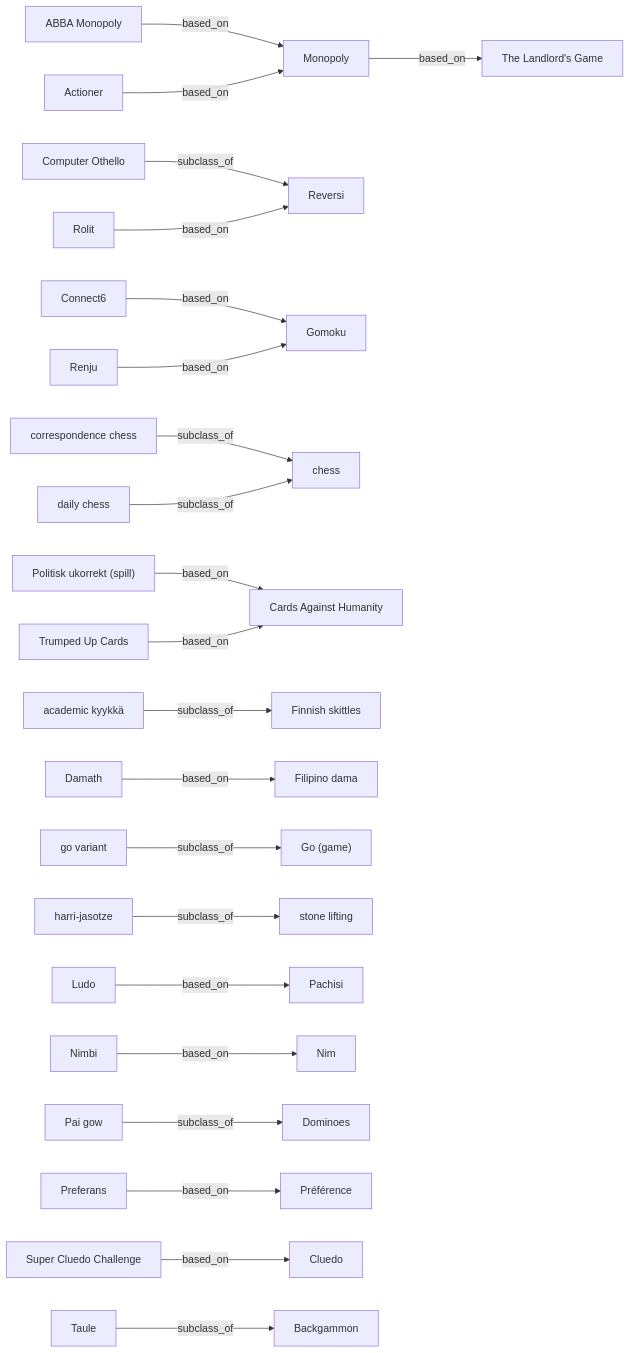
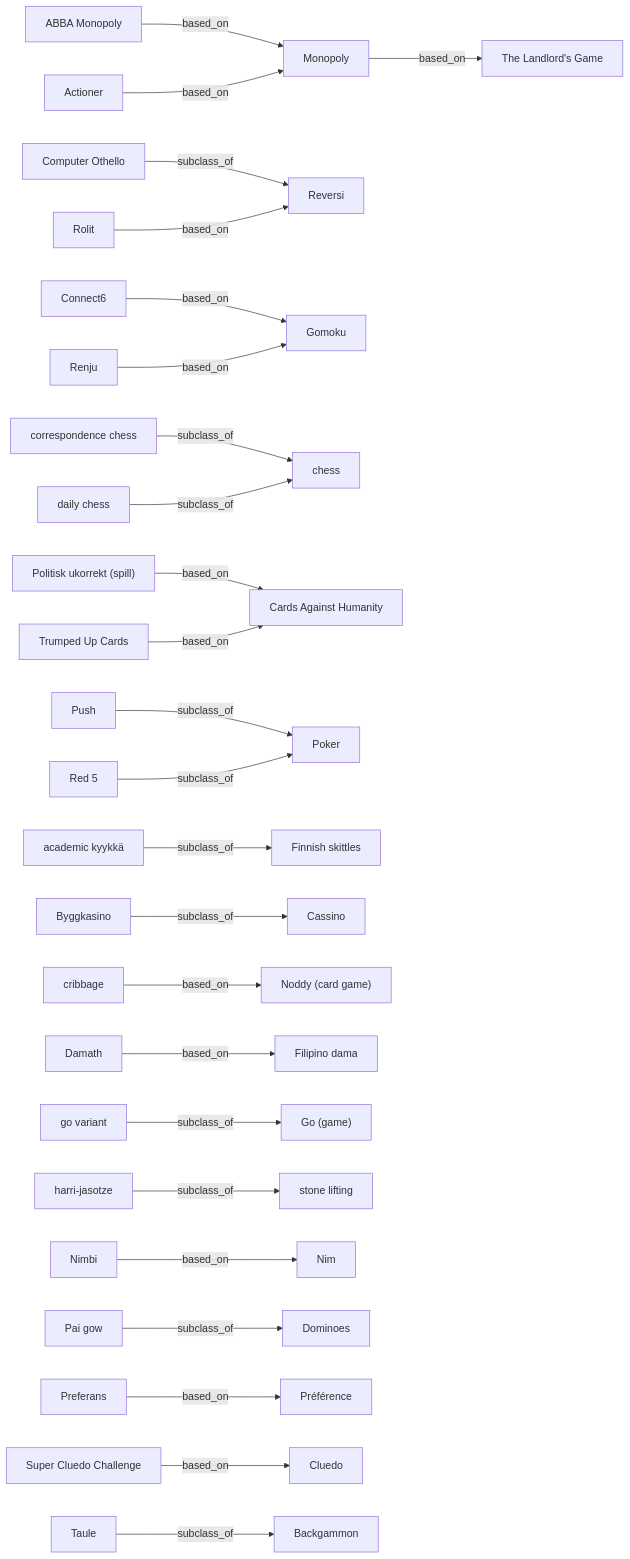
Before and after one commit to jcraig949jfi/Prometheus: the diagram in ludus/atlas_of_worlds/ATLAS.md, drawn with Mermaid. The commit also changed other lines of this file and 60 other files, not shown here.

````diff
--- a/ludus/atlas_of_worlds/ATLAS.md
+++ b/ludus/atlas_of_worlds/ATLAS.md
@@ -361,60 +415,68 @@
 ```mermaid
 graph LR
     abba_monopoly["ABBA Monopoly"]
     monopoly["Monopoly"]
     abba_monopoly -->|based_on| monopoly
     actioner["Actioner"]
     actioner -->|based_on| monopoly
     the_landlord_s_game["The Landlord's Game"]
     monopoly -->|based_on| the_landlord_s_game
     computer_othello["Computer Othello"]
     reversi["Reversi"]
     computer_othello -->|subclass_of| reversi
     connect6["Connect6"]
     gomoku["Gomoku"]
     connect6 -->|based_on| gomoku
     correspondence_chess["correspondence chess"]
     chess["chess"]
     correspondence_chess -->|subclass_of| chess
     daily_chess["daily chess"]
     daily_chess -->|subclass_of| chess
     politisk_ukorrekt_spill["Politisk ukorrekt (spill)"]
     cards_against_humanity["Cards Against Humanity"]
     politisk_ukorrekt_spill -->|based_on| cards_against_humanity
+    push["Push"]
+    poker["Poker"]
+    push -->|subclass_of| poker
+    red_5["Red 5"]
+    red_5 -->|subclass_of| poker
     renju["Renju"]
     renju -->|based_on| gomoku
     rolit["Rolit"]
     rolit -->|based_on| reversi
     trumped_up_cards["Trumped Up Cards"]
     trumped_up_cards -->|based_on| cards_against_humanity
     academic_kyykk["academic kyykkä"]
     finnish_skittles["Finnish skittles"]
     academic_kyykk -->|subclass_of| finnish_skittles
+    byggkasino["Byggkasino"]
+    cassino["Cassino"]
+    byggkasino -->|subclass_of| cassino
+    cribbage["cribbage"]
+    noddy_card_game["Noddy (card game)"]
+    cribbage -->|based_on| noddy_card_game
     damath["Damath"]
     filipino_dama["Filipino dama"]
     damath -->|based_on| filipino_dama
     go_variant["go variant"]
     go_game["Go (game)"]
     go_variant -->|subclass_of| go_game
     harri_jasotze["harri-jasotze"]
     stone_lifting["stone lifting"]
     harri_jasotze -->|subclass_of| stone_lifting
-    ludo["Ludo"]
-    pachisi["Pachisi"]
-    ludo -->|based_on| pachisi
     nimbi["Nimbi"]
     nim["Nim"]
     nimbi -->|based_on| nim
     pai_gow["Pai gow"]
     dominoes["Dominoes"]
     pai_gow -->|subclass_of| dominoes
     preferans["Preferans"]
     pr_f_rence["Préférence"]
     preferans -->|based_on| pr_f_rence
     super_cluedo_challenge["Super Cluedo Challenge"]
     cluedo["Cluedo"]
     super_cluedo_challenge -->|based_on| cluedo
     taule["Taule"]
     backgammon["Backgammon"]
     taule -->|subclass_of| backgammon
 ```
````
